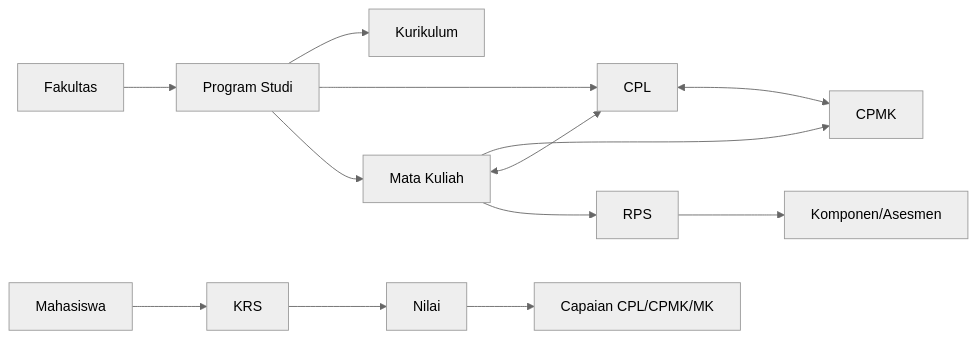
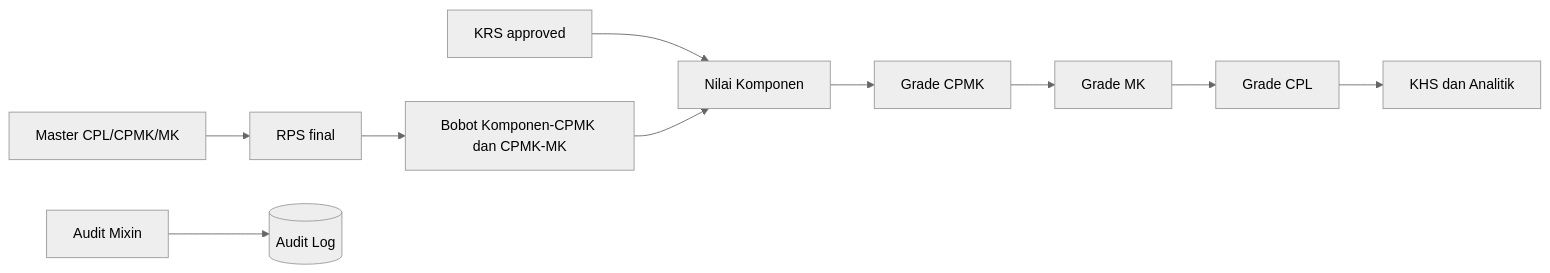
One commit to SesaSatriva/erpobe_odoo19 changed the eighth of 10 diagrams in docs/skripsi/enterprise-architecture.md. Above: the diagram before and after it, drawn with Mermaid (neutral theme). The commit also changed other lines of this file, not shown here.

Commit message:
Doc : Fixed Enterprise Architecture

````diff
--- a/docs/skripsi/enterprise-architecture.md
+++ b/docs/skripsi/enterprise-architecture.md
@@ -699,15 +405,12 @@
 ```mermaid
 flowchart LR
-  Faculty[Fakultas] --> Prodi[Program Studi]
-  Prodi --> Curriculum[Kurikulum]
-  Prodi --> CPL[CPL]
-  Prodi --> Course[Mata Kuliah]
-  Course --> CPMK[CPMK]
-  CPL <--> CPMK
-  Course <--> CPL
-  Course --> RPS[RPS]
-  RPS --> Assessment[Komponen/Asesmen]
-  Student[Mahasiswa] --> KRS[KRS]
-  KRS --> Grades[Nilai]
-  Grades --> Achievement[Capaian CPL/CPMK/MK]
+    Master[Master CPL/CPMK/MK] --> RPS[RPS final]
+    RPS --> Alloc[Bobot Komponen-CPMK dan CPMK-MK]
+    KRS[KRS approved] --> Grades[Nilai Komponen]
+    Alloc --> Grades
+    Grades --> CPMK[Grade CPMK]
+    CPMK --> MK[Grade MK]
+    MK --> CPL[Grade CPL]
+    CPL --> KHS[KHS dan Analitik]
+    All[Audit Mixin] --> Log[(Audit Log)]
 ```
````
